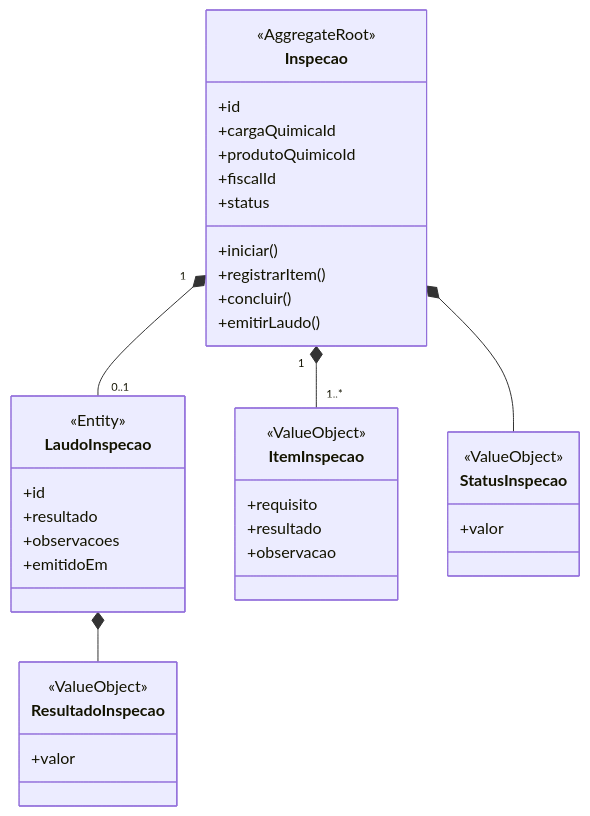
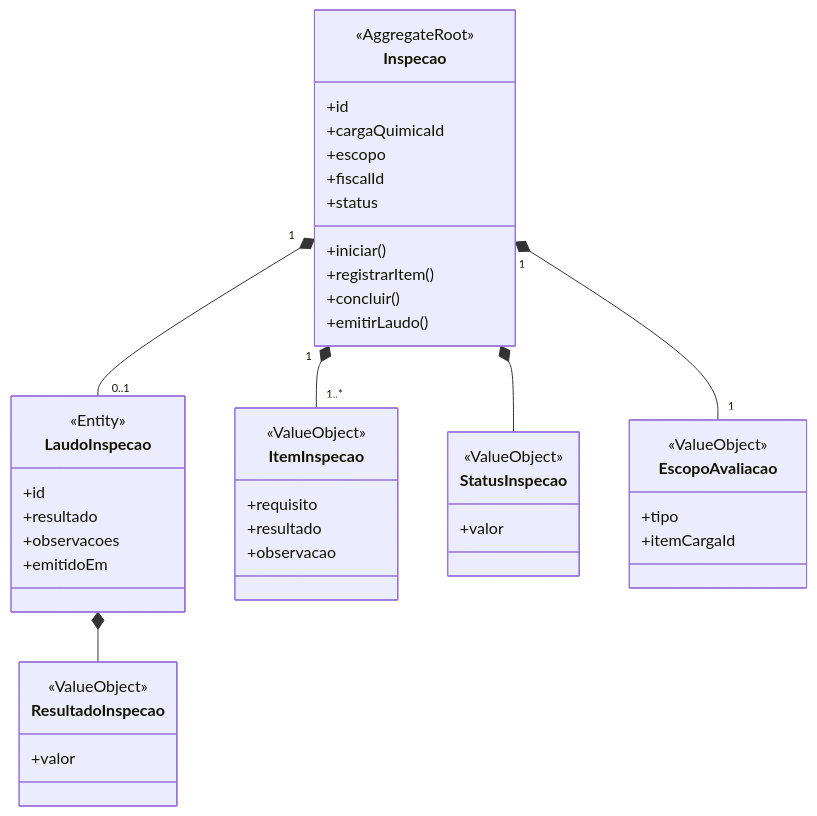
One commit to TechChallengeFiap/Quimovia changed the fifth of 6 diagrams in docs/02-modelagem-com-ddd.md. Above: the diagram before and after it, drawn with Mermaid. The commit also changed other lines of this file and 3 other files, not shown here.

````diff
--- a/docs/02-modelagem-com-ddd.md
+++ b/docs/02-modelagem-com-ddd.md
@@ -209,45 +246,52 @@
 ```mermaid
 classDiagram
     class Inspecao {
         <<AggregateRoot>>
         +id
         +cargaQuimicaId
-        +produtoQuimicoId
+        +escopo
         +fiscalId
         +status
         +iniciar()
         +registrarItem()
         +concluir()
         +emitirLaudo()
     }
 
     class LaudoInspecao {
         <<Entity>>
         +id
         +resultado
         +observacoes
         +emitidoEm
     }
 
     class ItemInspecao {
         <<ValueObject>>
         +requisito
         +resultado
         +observacao
     }
 
     class StatusInspecao {
         <<ValueObject>>
         +valor
     }
 
     class ResultadoInspecao {
         <<ValueObject>>
         +valor
     }
 
+    class EscopoAvaliacao {
+        <<ValueObject>>
+        +tipo
+        +itemCargaId
+    }
+
     Inspecao "1" *-- "0..1" LaudoInspecao
     Inspecao "1" *-- "1..*" ItemInspecao
+    Inspecao "1" *-- "1" EscopoAvaliacao
     Inspecao *-- StatusInspecao
     LaudoInspecao *-- ResultadoInspecao
 ```
````
